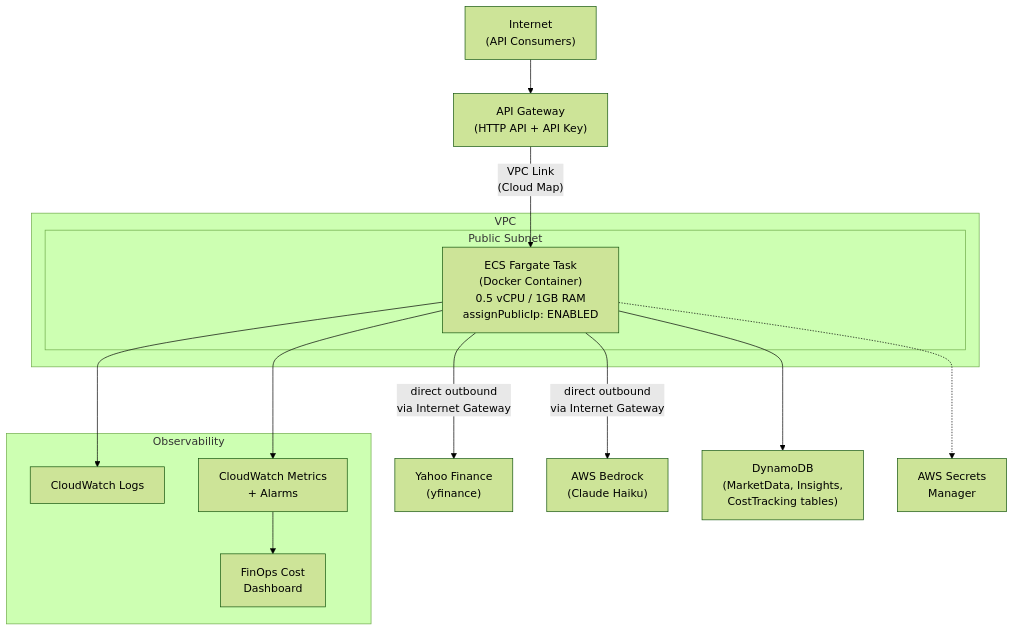
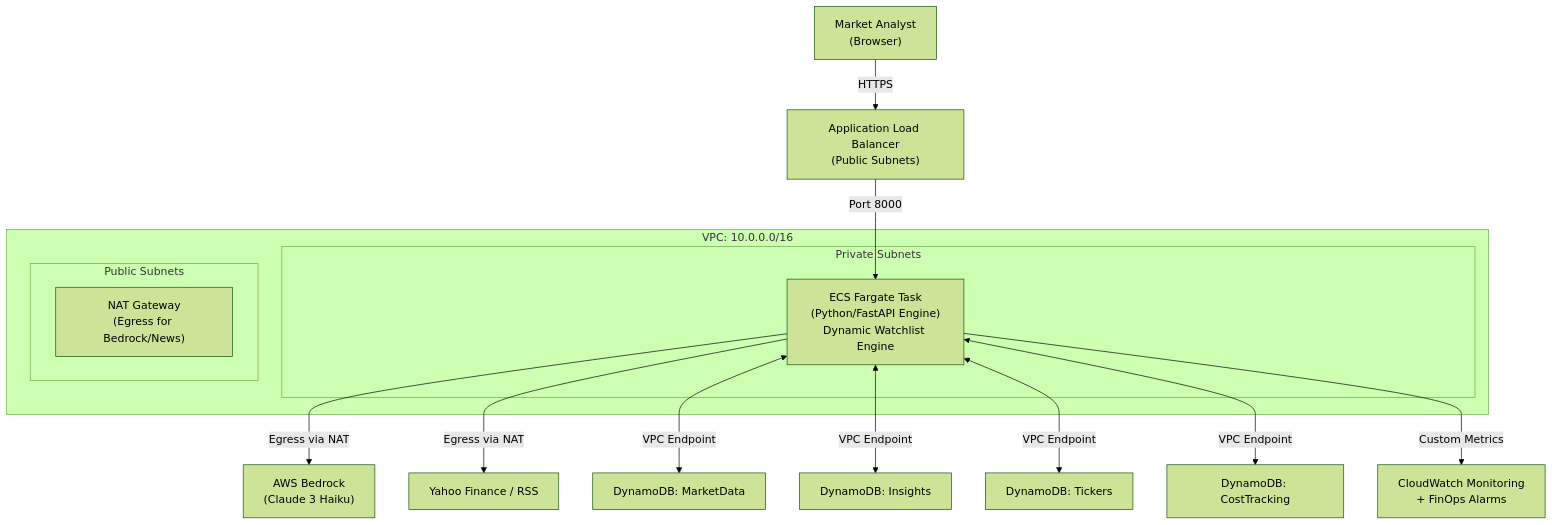
The diagram in system-design/system_overview.md (water-bear-dev/Cost-Aware-Market-Insights-Engine), drawn with Mermaid (forest theme) before and after one commit. The commit also changed other lines of this file and 5 other files, not shown here.

````diff
--- a/system-design/system_overview.md
+++ b/system-design/system_overview.md
@@ -41,28 +8,25 @@
 ```mermaid
 flowchart TB
-  Internet["Internet\n(API Consumers)"] --> APIGW["API Gateway\n(HTTP API + API Key)"]
-
-  subgraph vpc [VPC]
-    subgraph publicSubnet [Public Subnet]
-      Fargate["ECS Fargate Task\n(Docker Container)\n0.5 vCPU / 1GB RAM\nassignPublicIp: ENABLED"]
+  User["Market Analyst\n(Browser)"] -->|HTTPS| ALB["Application Load Balancer\n(Public Subnets)"]
+  
+  subgraph vpc [VPC: 10.0.0.0/16]
+    subgraph privSub [Private Subnets]
+      Fargate["ECS Fargate Task\n(Python/FastAPI Engine)\nDynamic Watchlist Engine"]
+    end
+    
+    subgraph pubSub [Public Subnets]
+      NAT["NAT Gateway\n(Egress for Bedrock/News)"]
     end
   end
 
-  APIGW -->|"VPC Link\n(Cloud Map)"| Fargate
-
-  Fargate -->|"direct outbound\nvia Internet Gateway"| YahooFinance["Yahoo Finance\n(yfinance)"]
-  Fargate -->|"direct outbound\nvia Internet Gateway"| Bedrock["AWS Bedrock\n(Claude Haiku)"]
-
-  Fargate --> DynamoDB["DynamoDB\n(MarketData, Insights,\nCostTracking tables)"]
-  Fargate -.-> SecretsManager["AWS Secrets\nManager"]
-
-  subgraph monitoring [Observability]
-    CWLogs["CloudWatch Logs"]
-    CWMetrics["CloudWatch Metrics\n+ Alarms"]
-    CWDashboard["FinOps Cost\nDashboard"]
-  end
-
-  Fargate --> CWLogs
-  Fargate --> CWMetrics
-  CWMetrics --> CWDashboard
+  ALB -->|Port 8000| Fargate
+  Fargate -->|"Egress via NAT"| Bedrock["AWS Bedrock\n(Claude 3 Haiku)"]
+  Fargate -->|"Egress via NAT"| YahooFinance["Yahoo Finance / RSS"]
+  
+  Fargate <-->|"VPC Endpoint"| DDB_Market["DynamoDB: MarketData"]
+  Fargate <-->|"VPC Endpoint"| DDB_Insights["DynamoDB: Insights"]
+  Fargate <-->|"VPC Endpoint"| DDB_Tickers["DynamoDB: Tickers"]
+  Fargate <-->|"VPC Endpoint"| DDB_Costs["DynamoDB: CostTracking"]
+  
+  Fargate -->|Custom Metrics| CW["CloudWatch Monitoring\n+ FinOps Alarms"]
 ```
````
